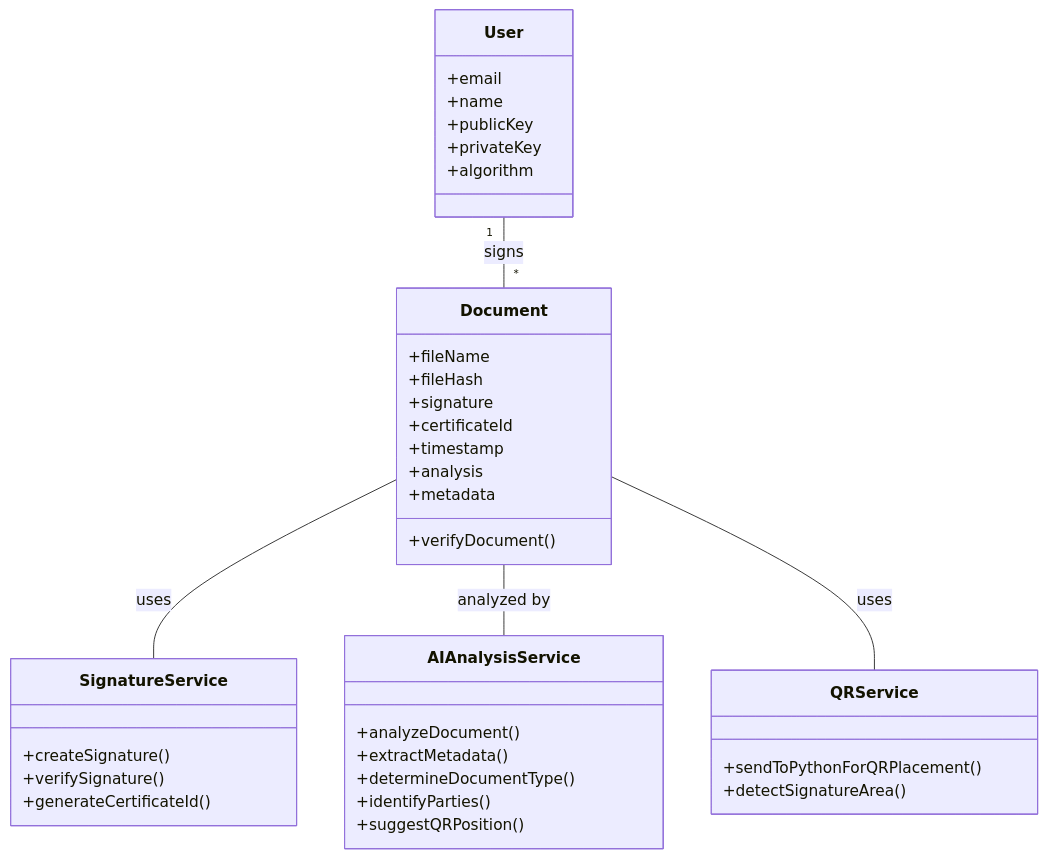
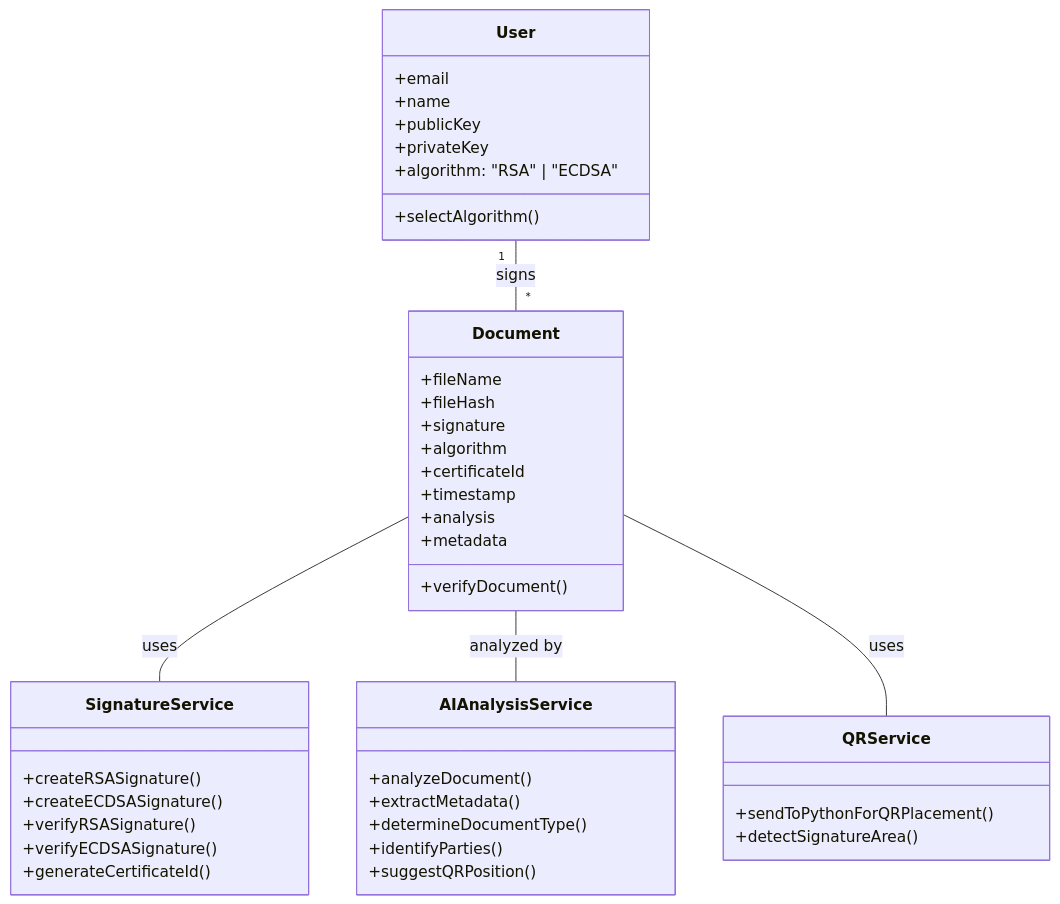
Before and after one commit to kudith/notario: the second of 3 diagrams in README.md, drawn with Mermaid. The commit also changed other lines of this file and 6 other files, not shown here.

````diff
--- a/README.md
+++ b/README.md
@@ -101,45 +136,49 @@
 ```mermaid
 classDiagram
     class User {
         +email
         +name
         +publicKey
         +privateKey
-        +algorithm
+        +algorithm: "RSA" | "ECDSA"
+        +selectAlgorithm()
     }
     
     class Document {
         +fileName
         +fileHash
         +signature
+        +algorithm
         +certificateId
         +timestamp
         +analysis
         +metadata
         +verifyDocument()
     }
     
     class AIAnalysisService {
         +analyzeDocument()
         +extractMetadata()
         +determineDocumentType()
         +identifyParties()
         +suggestQRPosition()
     }
     
     class SignatureService {
-        +createSignature()
-        +verifySignature()
+        +createRSASignature()
+        +createECDSASignature()
+        +verifyRSASignature()
+        +verifyECDSASignature()
         +generateCertificateId()
     }
     
     class QRService {
         +sendToPythonForQRPlacement()
         +detectSignatureArea()
     }
     
     User "1" -- "*" Document: signs
     Document -- SignatureService: uses
     Document -- AIAnalysisService: analyzed by
     Document -- QRService: uses
 ```
````
